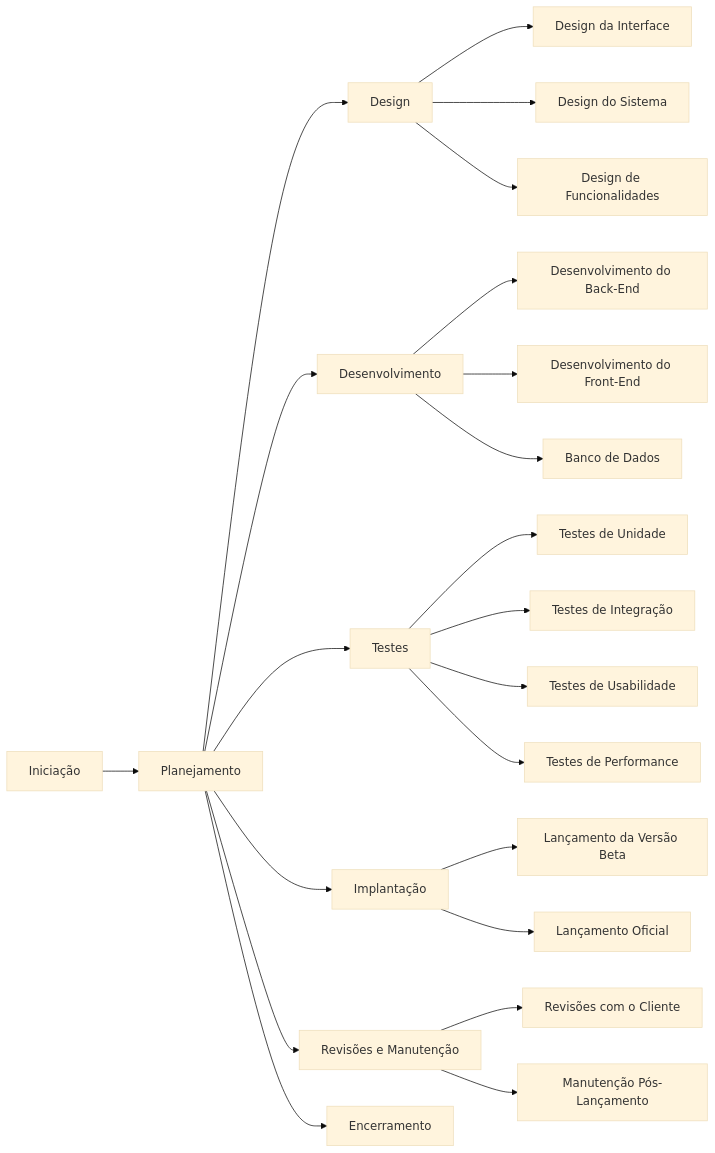
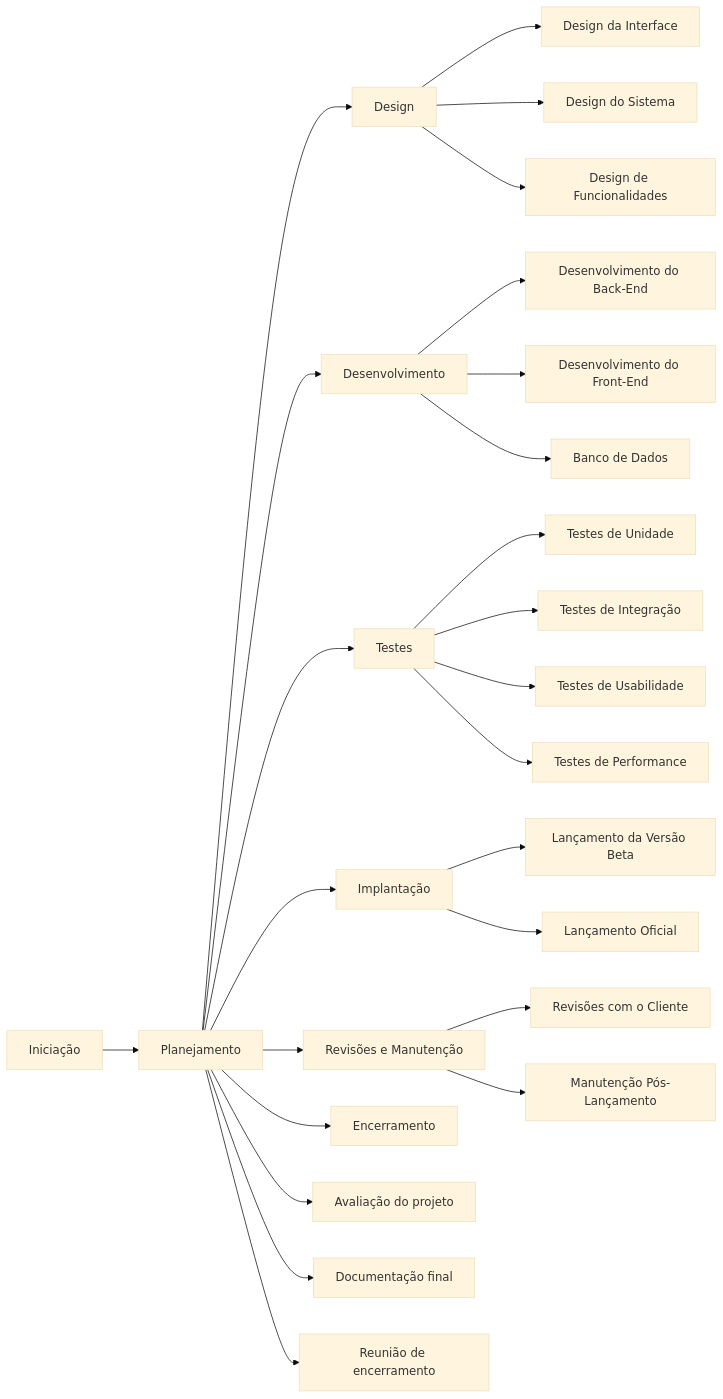
The second of 2 diagrams in project-management/README.md (genesluna/ads-cesmac), drawn with Mermaid (base theme) before and after one commit. The commit also changed other lines of this file, not shown here.

````diff
--- a/project-management/README.md
+++ b/project-management/README.md
@@ -386,24 +386,27 @@
 ```mermaid
 graph LR
     A[Iniciação] --> B[Planejamento]
     B --> C[Design]
     C --> C1[Design da Interface]
     C --> C2[Design do Sistema]
     C --> C3[Design de Funcionalidades]
     B --> D[Desenvolvimento]
     D --> D1[Desenvolvimento do Back-End]
     D --> D2[Desenvolvimento do Front-End]
     D --> D3[Banco de Dados]
     B --> E[Testes]
     E --> E1[Testes de Unidade]
     E --> E2[Testes de Integração]
     E --> E3[Testes de Usabilidade]
     E --> E4[Testes de Performance]
     B --> F[Implantação]
     F --> F1[Lançamento da Versão Beta]
     F --> F2[Lançamento Oficial]
     B --> G[Revisões e Manutenção]
     G --> G1[Revisões com o Cliente]
     G --> G2[Manutenção Pós-Lançamento]
     B --> H[Encerramento]
+    B --> H1[Avaliação do projeto]
+    B --> H2[Documentação final]
+    B --> H3[Reunião de encerramento]
 ```
````
